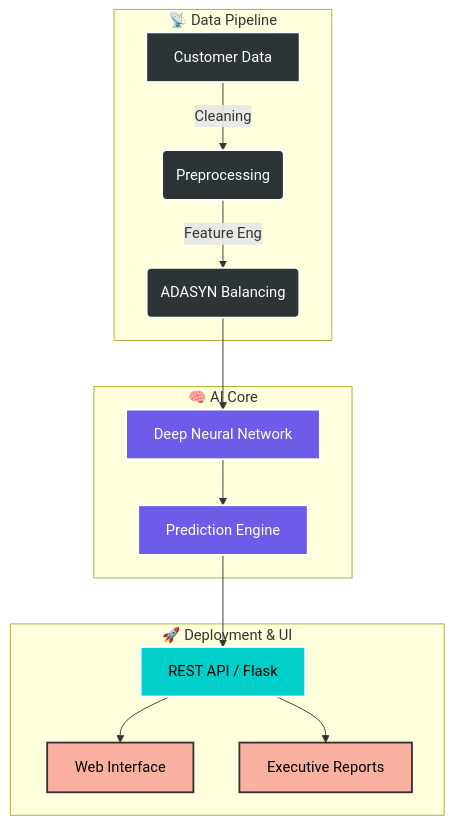
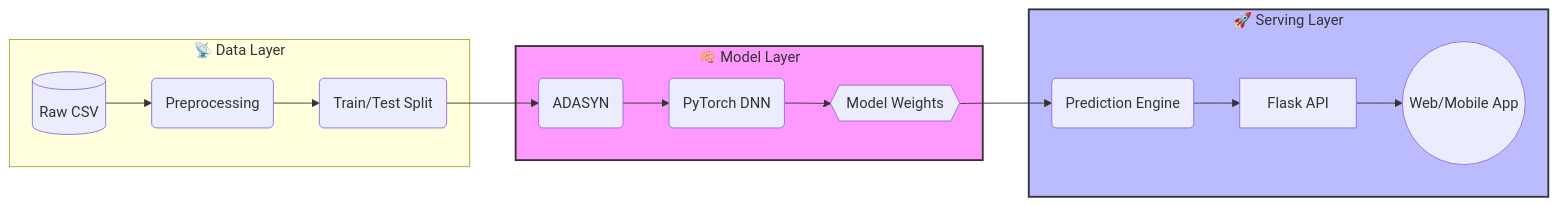
Before and after one commit to noushad999/prepaid-churn-prediction: the diagram in README.md, drawn with Mermaid. The commit also changed other lines of this file, not shown here.

`````diff
--- a/README.md
+++ b/README.md
@@ -54,30 +67,22 @@
 ```mermaid
-graph TD
-    %% Define Styles
-    classDef dark fill:#2d3436,stroke:#fff,stroke-width:2px,color:#fff;
-    classDef ai fill:#6c5ce7,stroke:#fff,stroke-width:2px,color:#fff;
-    classDef api fill:#00cec9,stroke:#fff,stroke-width:2px,color:#000;
-    classDef ui fill:#fab1a0,stroke:#333,stroke-width:2px,color:#000;
-
-    subgraph Data_Pipeline [📡 Data Pipeline]
-        A[Customer Data] -->|Cleaning| B(Preprocessing)
-        B -->|Feature Eng| C(ADASYN Balancing)
+flowchart LR
+    subgraph Data ["📡 Data Layer"]
+        Raw[(Raw CSV)] --> Clean(Preprocessing)
+        Clean --> Split(Train/Test Split)
     end
 
-    subgraph AI_Core [🧠 AI Core]
-        C --> D[Deep Neural Network]
-        D --> E[Prediction Engine]
+    subgraph Model ["🧠 Model Layer"]
+        Split --> Oversample(ADASYN)
+        Oversample --> Training(PyTorch DNN)
+        Training --> Weights{{Model Weights}}
     end
 
-    subgraph Deployment [🚀 Deployment & UI]
-        E --> F[REST API / Flask]
-        F --> G[Web Interface]
-        F --> H[Executive Reports]
+    subgraph Serving ["🚀 Serving Layer"]
+        Weights --> Inference(Prediction Engine)
+        Inference --> API[Flask API]
+        API --> Client((Web/Mobile App))
     end
 
-    %% Apply Styles
-    class A,B,C dark;
-    class D,E ai;
-    class F api;
-    class G,H ui;
+    style Model fill:#f9f,stroke:#333,stroke-width:2px
+    style Serving fill:#bbf,stroke:#333,stroke-width:2px
 ````
`````
